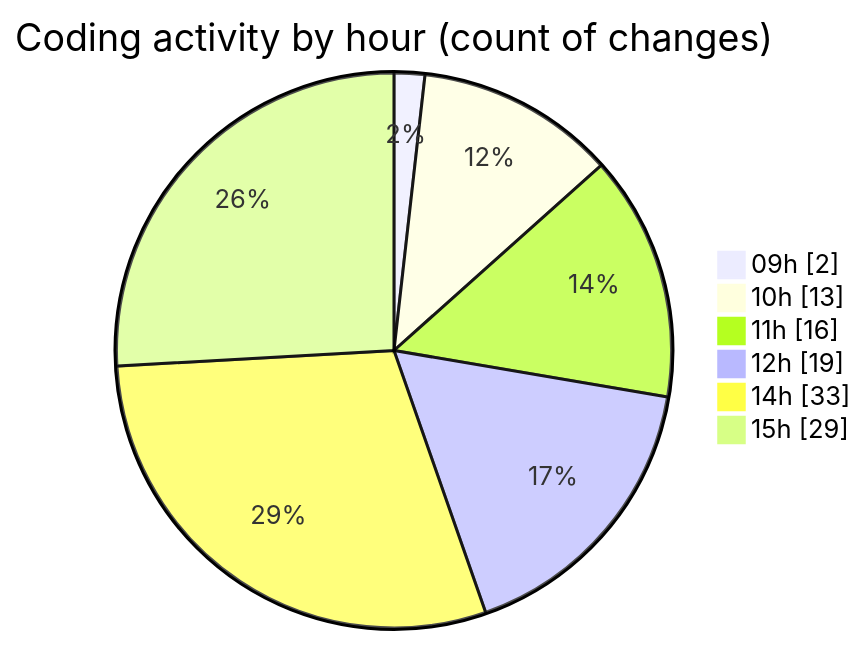
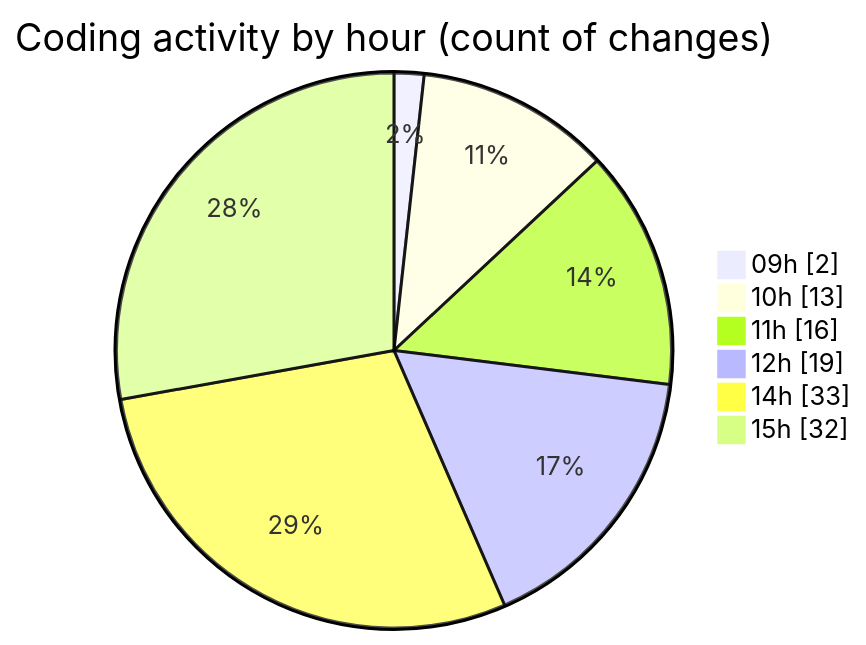
Before and after one commit to momahboobian/code-tracking: the second of 2 diagrams in 2025-07-02/cda/README.md, drawn with Mermaid. The commit also changed other lines of this file and 1 other file, not shown here.

````diff
--- a/2025-07-02/cda/README.md
+++ b/2025-07-02/cda/README.md
@@ -47,10 +48,10 @@
 ```mermaid
 pie showData
 title Coding activity by hour (count of changes)
 "09h" : 2
 "10h" : 13
 "11h" : 16
 "12h" : 19
 "14h" : 33
-"15h" : 29
+"15h" : 32
 ```
````
